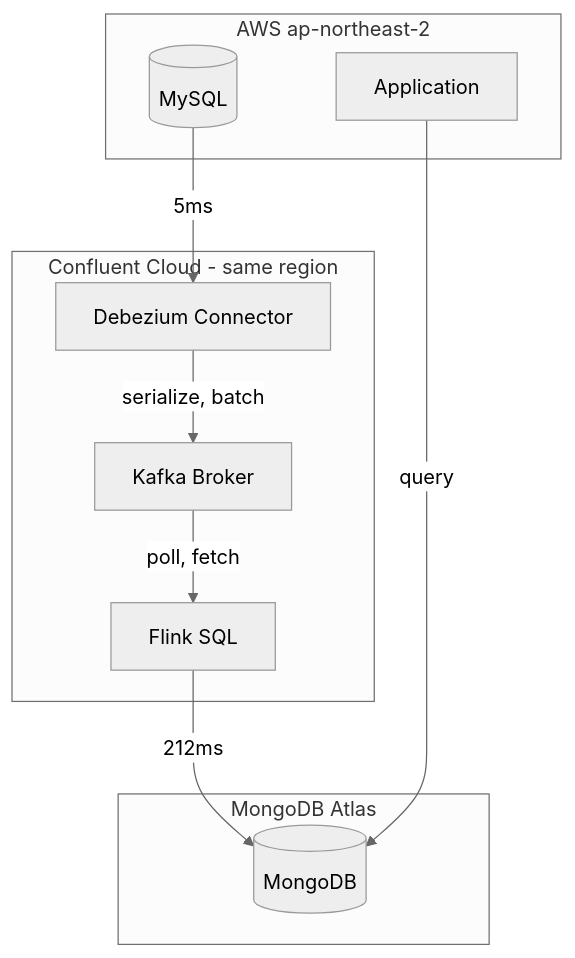
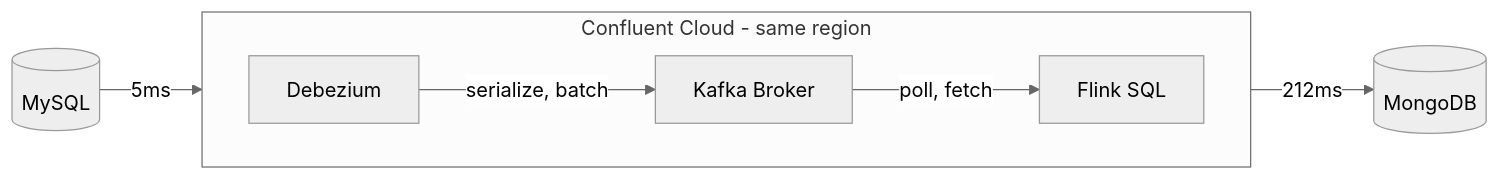
One commit to kimduksoo/duksoo-tech-blog changed the second of 3 diagrams in content/backend/confluent-kafka-cdc-flink.md. Above: the diagram before and after it, drawn with Mermaid (neutral theme). The commit also changed other lines of this file, not shown here.

Commit message:
fix: 컴포넌트 간 지연 다이어그램도 가로(LR) 배치

````diff
--- a/content/backend/confluent-kafka-cdc-flink.md
+++ b/content/backend/confluent-kafka-cdc-flink.md
@@ -105,25 +94,11 @@
 ```mermaid
-flowchart TB
-    subgraph AWS["AWS ap-northeast-2"]
-        MySQL[(MySQL)]
-        App[Application]
+flowchart LR
+    MySQL[(MySQL)] -->|5ms| Debezium
+
+    subgraph Confluent["Confluent Cloud - same region"]
+        direction LR
+        Debezium[Debezium] -->|serialize, batch| Kafka[Kafka Broker] -->|poll, fetch| Flink[Flink SQL]
     end
 
-    MySQL -->|5ms| Debezium
-
-    subgraph Confluent["Confluent Cloud - same region"]
-        Debezium[Debezium Connector]
-        Kafka[Kafka Broker]
-        Flink[Flink SQL]
-        Debezium -->|serialize, batch| Kafka
-        Kafka -->|poll, fetch| Flink
-    end
-
-    Flink -->|212ms| MongoDB
-
-    subgraph Atlas["MongoDB Atlas"]
-        MongoDB[(MongoDB)]
-    end
-
-    App -->|query| MongoDB
+    Flink -->|212ms| MongoDB[(MongoDB)]
 ```
````
